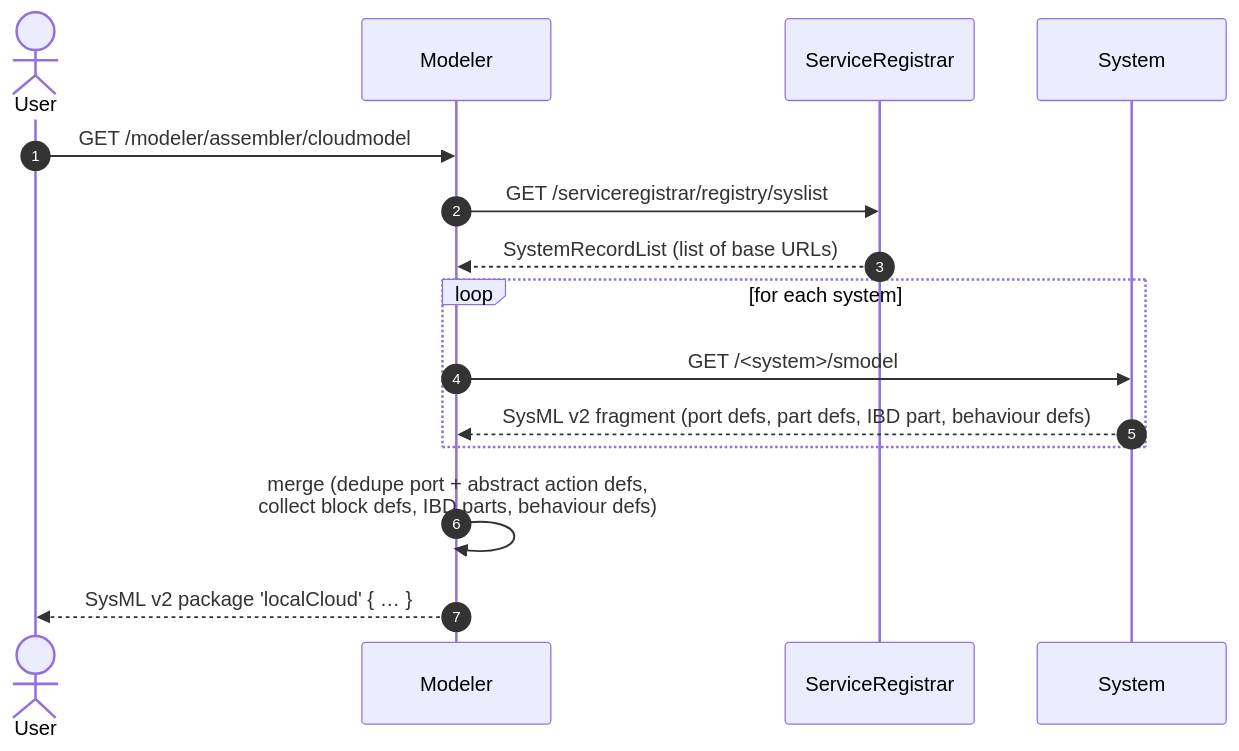
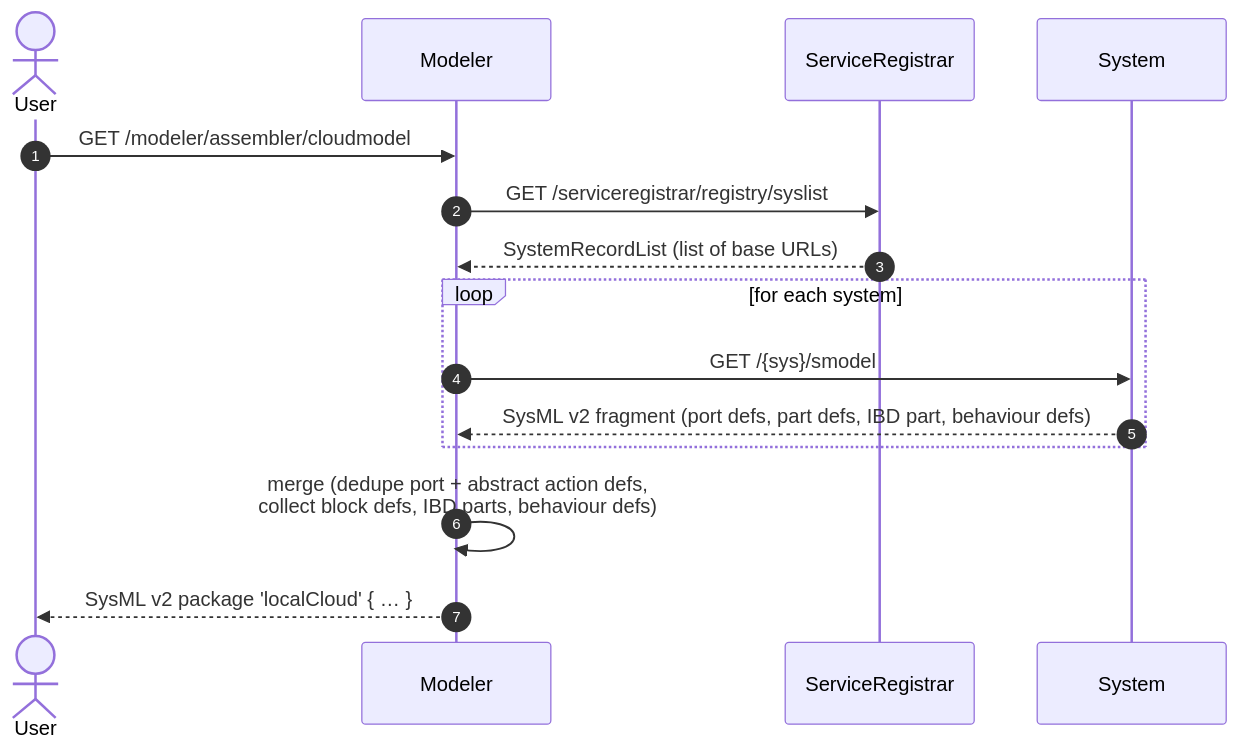
One commit to sdoque/systems changed the diagram in modeler/README.md. Above: the diagram before and after it, drawn with Mermaid. The commit also changed 1 other file, not shown here.

Commit message:
Readme updates

````diff
--- a/modeler/README.md
+++ b/modeler/README.md
@@ -69,20 +69,20 @@
 ```mermaid
 sequenceDiagram
     autonumber
     actor User
     participant M  as Modeler
     participant SR as ServiceRegistrar
     participant S  as System
 
     User->>M: GET /modeler/assembler/cloudmodel
     M->>SR: GET /serviceregistrar/registry/syslist
     SR-->>M: SystemRecordList (list of base URLs)
 
     loop for each system
-        M->>S: GET /<system>/smodel
+        M->>S: GET /{sys}/smodel
         S-->>M: SysML v2 fragment (port defs, part defs, IBD part, behaviour defs)
     end
 
     M->>M: merge (dedupe port + abstract action defs,<br/>collect block defs, IBD parts, behaviour defs)
     M-->>User: SysML v2 package 'localCloud' { … }
 ```
````
